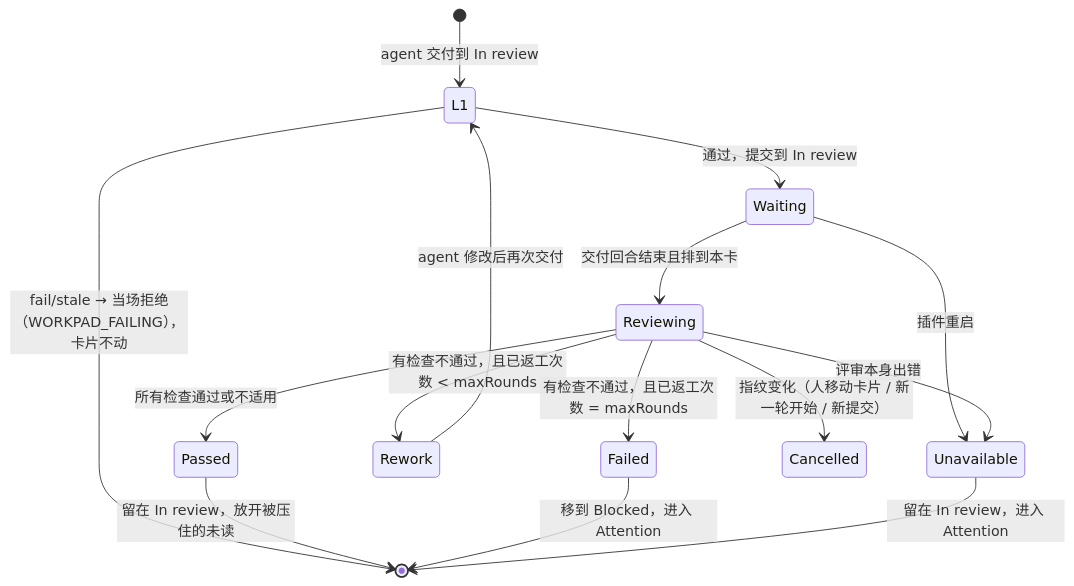
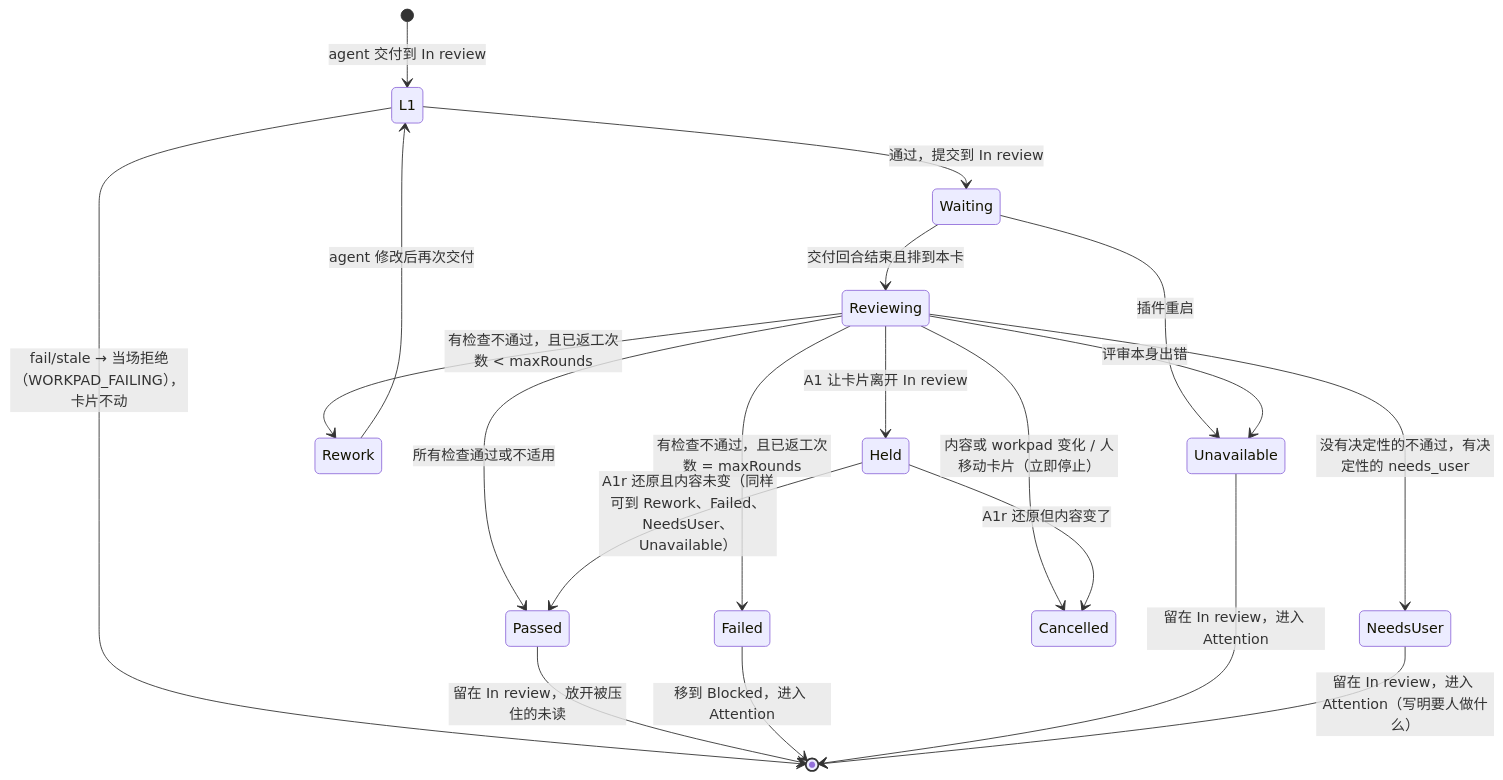
One commit to JasprW/flowly changed the diagram in docs/AUTO-REVIEW-SPEC.md. Above: the diagram before and after it, drawn with Mermaid. The commit also changed other lines of this file and 43 other files, not shown here.

First line of the commit message:
feat(auto-review): converge reviews with severity, needs_user, a per-card cap and a content fingerprint (#127)

````diff
--- a/docs/AUTO-REVIEW-SPEC.md
+++ b/docs/AUTO-REVIEW-SPEC.md
@@ -62,17 +62,22 @@
 ```mermaid
 stateDiagram-v2
     [*] --> L1: agent 交付到 In review
     L1 --> [*]: fail/stale → 当场拒绝（WORKPAD_FAILING），卡片不动
     L1 --> Waiting: 通过，提交到 In review
     Waiting --> Reviewing: 交付回合结束且排到本卡
     Waiting --> Unavailable: 插件重启
     Reviewing --> Passed: 所有检查通过或不适用
     Reviewing --> Rework: 有检查不通过，且已返工次数 < maxRounds
     Reviewing --> Failed: 有检查不通过，且已返工次数 = maxRounds
+    Reviewing --> NeedsUser: 没有决定性的不通过，有决定性的 needs_user
     Reviewing --> Unavailable: 评审本身出错
-    Reviewing --> Cancelled: 指纹变化（人移动卡片 / 新一轮开始 / 新提交）
+    Reviewing --> Cancelled: 内容或 workpad 变化 / 人移动卡片（立即停止）
+    Reviewing --> Held: A1 让卡片离开 In review
+    Held --> Passed: A1r 还原且内容未变（同样可到 Rework、Failed、NeedsUser、Unavailable）
+    Held --> Cancelled: A1r 还原但内容变了
     Rework --> L1: agent 修改后再次交付
     Passed --> [*]: 留在 In review，放开被压住的未读
     Failed --> [*]: 移到 Blocked，进入 Attention
     Unavailable --> [*]: 留在 In review，进入 Attention
+    NeedsUser --> [*]: 留在 In review，进入 Attention（写明要人做什么）
 ```
````
